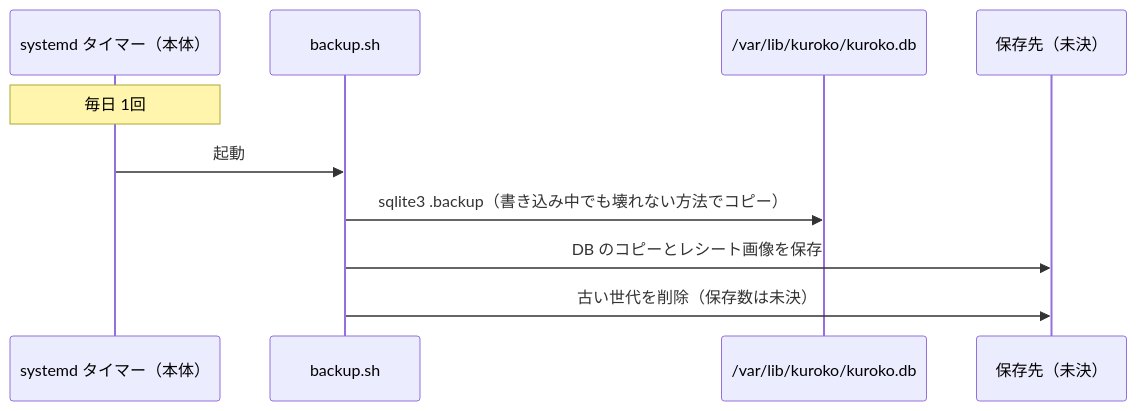
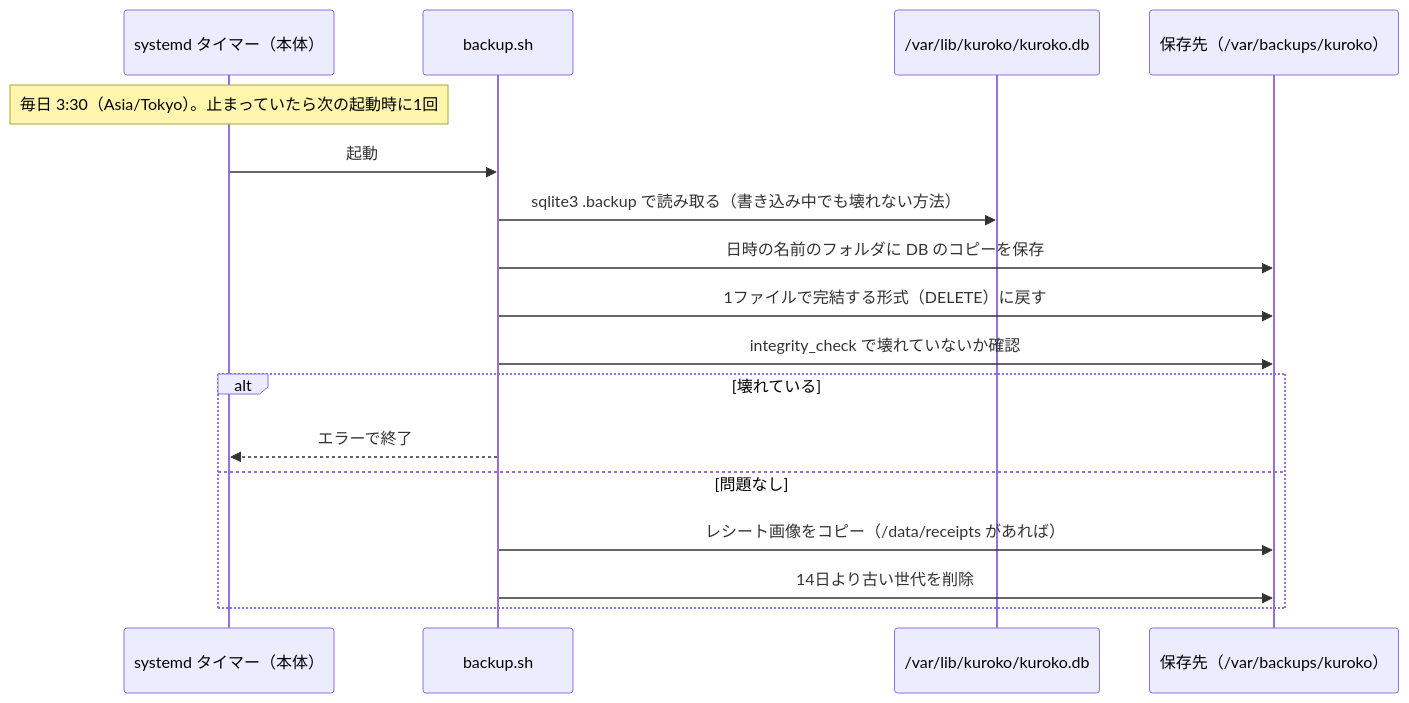
Before and after one commit to ari44-y/Claude: the eighth of 10 diagrams in docs/シーケンス図.md, drawn with Mermaid. The commit also changed other lines of this file, not shown here.

Commit message:
Update sequence diagrams: recurring task changes, optimistic update, backup details

````diff
--- a/docs/シーケンス図.md
+++ b/docs/シーケンス図.md
@@ -250,13 +262,20 @@
 ```mermaid
 sequenceDiagram
     participant T as systemd タイマー（本体）
     participant B as backup.sh
     participant DB as /var/lib/kuroko/kuroko.db
-    participant X as 保存先（未決）
+    participant X as 保存先（/var/backups/kuroko）
 
-    Note over T: 毎日 1回
+    Note over T: 毎日 3:30（Asia/Tokyo）。止まっていたら次の起動時に1回
     T->>B: 起動
-    B->>DB: sqlite3 .backup（書き込み中でも壊れない方法でコピー）
-    B->>X: DB のコピーとレシート画像を保存
-    B->>X: 古い世代を削除（保存数は未決）
+    B->>DB: sqlite3 .backup で読み取る（書き込み中でも壊れない方法）
+    B->>X: 日時の名前のフォルダに DB のコピーを保存
+    B->>X: 1ファイルで完結する形式（DELETE）に戻す
+    B->>X: integrity_check で壊れていないか確認
+    alt 壊れている
+        B-->>T: エラーで終了
+    else 問題なし
+        B->>X: レシート画像をコピー（/data/receipts があれば）
+        B->>X: 14日より古い世代を削除
+    end
 ```
````
